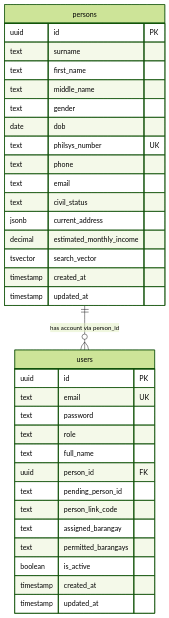
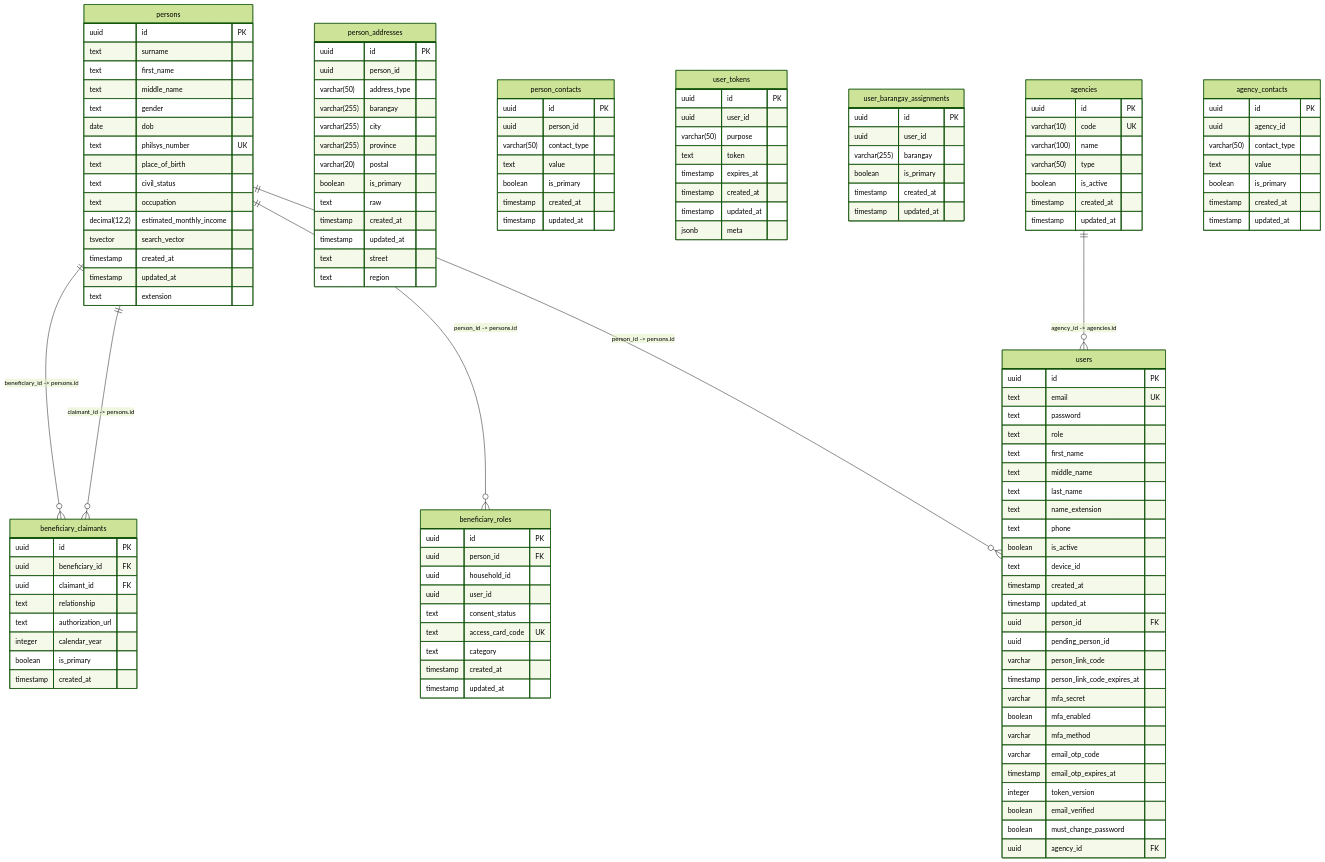
The first of 10 diagrams in docs/diagrams/06-erd.md (urlsalimbot/THESIS1-KAPWA), drawn with Mermaid (forest theme) before and after one commit. The commit also changed other lines of this file, not shown here.

First line of the commit message:
docs(erd): physical data model in Oracle Data Modeler notation

````diff
--- a/docs/diagrams/06-erd.md
+++ b/docs/diagrams/06-erd.md
@@ -46,29 +39,137 @@
         text gender
         date dob
         text philsys_number UK
-        text phone
-        text email
+        text place_of_birth
         text civil_status
-        jsonb current_address
-        decimal estimated_monthly_income
+        text occupation
+        decimal(12,2) estimated_monthly_income
         tsvector search_vector
         timestamp created_at
         timestamp updated_at
+        text extension
     }
+
+    "person_addresses" {
+        uuid id PK
+        uuid person_id
+        varchar(50) address_type
+        varchar(255) barangay
+        varchar(255) city
+        varchar(255) province
+        varchar(20) postal
+        boolean is_primary
+        text raw
+        timestamp created_at
+        timestamp updated_at
+        text street
+        text region
+    }
+
+    "person_contacts" {
+        uuid id PK
+        uuid person_id
+        varchar(50) contact_type
+        text value
+        boolean is_primary
+        timestamp created_at
+        timestamp updated_at
+    }
+
     "users" {
         uuid id PK
         text email UK
         text password
         text role
-        text full_name
+        text first_name
+        text middle_name
+        text last_name
+        text name_extension
+        text phone
+        boolean is_active
+        text device_id
+        timestamp created_at
+        timestamp updated_at
         uuid person_id FK
-        text pending_person_id
-        text person_link_code
-        text assigned_barangay
-        text permitted_barangays
+        uuid pending_person_id
+        varchar person_link_code
+        timestamp person_link_code_expires_at
+        varchar mfa_secret
+        boolean mfa_enabled
+        varchar mfa_method
+        varchar email_otp_code
+        timestamp email_otp_expires_at
+        integer token_version
+        boolean email_verified
+        boolean must_change_password
+        uuid agency_id FK
+    }
+
+    "user_tokens" {
+        uuid id PK
+        uuid user_id
+        varchar(50) purpose
+        text token
+        timestamp expires_at
+        timestamp created_at
+        timestamp updated_at
+        jsonb meta
+    }
+
+    "user_barangay_assignments" {
+        uuid id PK
+        uuid user_id
+        varchar(255) barangay
+        boolean is_primary
+        timestamp created_at
+        timestamp updated_at
+    }
+
+    "beneficiary_claimants" {
+        uuid id PK
+        uuid beneficiary_id FK
+        uuid claimant_id FK
+        text relationship
+        text authorization_url
+        integer calendar_year
+        boolean is_primary
+        timestamp created_at
+    }
+
+    "beneficiary_roles" {
+        uuid id PK
+        uuid person_id FK
+        uuid household_id
+        uuid user_id
+        text consent_status
+        text access_card_code UK
+        text category
+        timestamp created_at
+        timestamp updated_at
+    }
+
+    "agencies" {
+        uuid id PK
+        varchar(10) code UK
+        varchar(100) name
+        varchar(50) type
         boolean is_active
         timestamp created_at
         timestamp updated_at
     }
-    "persons" ||--o{ "users" : "has account via person_id"
+
+    "agency_contacts" {
+        uuid id PK
+        uuid agency_id
+        varchar(50) contact_type
+        text value
+        boolean is_primary
+        timestamp created_at
+        timestamp updated_at
+    }
+
+    "persons" ||--o{ "beneficiary_claimants" : "beneficiary_id -> persons.id"
+    "persons" ||--o{ "beneficiary_claimants" : "claimant_id -> persons.id"
+    "persons" ||--o{ "beneficiary_roles" : "person_id -> persons.id"
+    "agencies" ||--o{ "users" : "agency_id -> agencies.id"
+    "persons" ||--o{ "users" : "person_id -> persons.id"
 ```
````
